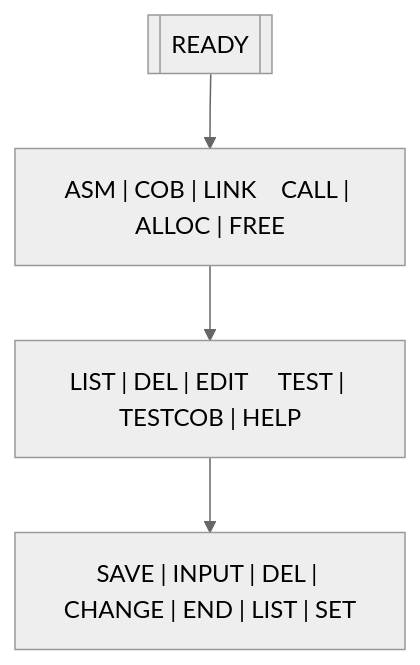
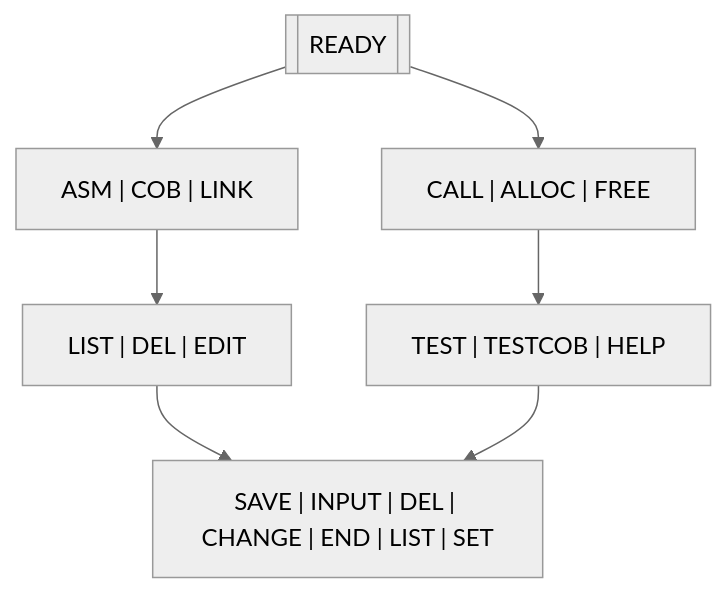
The eighth of 13 diagrams in COBOL入門編.md (harunosuke1343-max/COBOL-Textbook), drawn with Mermaid (neutral theme) before and after one commit. The commit also changed other lines of this file, not shown here.

````diff
--- a/COBOL入門編.md
+++ b/COBOL入門編.md
@@ -1879,6 +1967,10 @@
 ```mermaid
 flowchart TD
-  READY[[READY]] --> LEVEL1["ASM | COB | LINK    CALL | ALLOC | FREE"]
-  LEVEL1 --> LEVEL2["LIST | DEL | EDIT     TEST | TESTCOB | HELP"]
-  LEVEL2 --> LEVEL3["SAVE | INPUT | DEL | CHANGE | END | LIST | SET"]
+  READY[[READY]]
+  READY --> L1A["ASM | COB | LINK"]
+  READY --> L1B["CALL | ALLOC | FREE"]
+  L1A --> L2A["LIST | DEL | EDIT"]
+  L1B --> L2B["TEST | TESTCOB | HELP"]
+  L2A --> L3["SAVE | INPUT | DEL | CHANGE | END | LIST | SET"]
+  L2B --> L3
 ```
````
